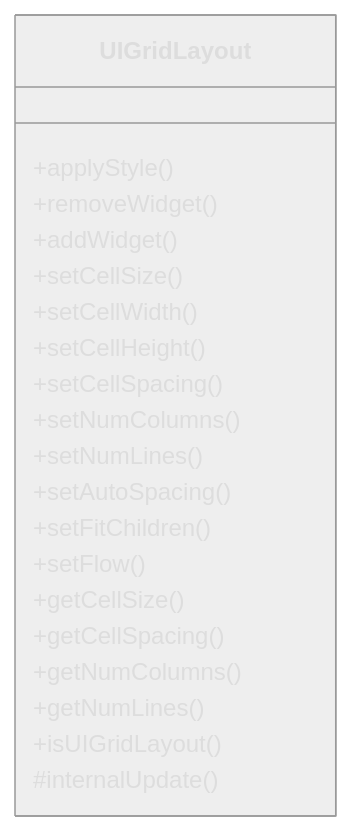
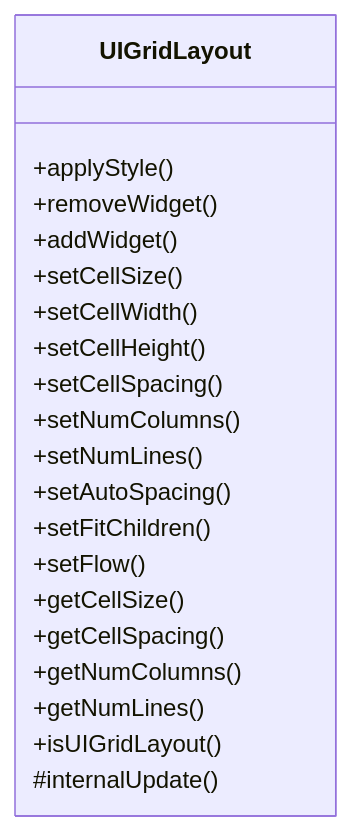
One commit to lukaszj321/otcv8-dev changed the diagram in docs/authoring/01_core/api/diagrams/uigridlayout.mmd. Above: the diagram before and after it, drawn with Mermaid.

```diff
--- a/docs/authoring/01_core/api/diagrams/uigridlayout.mmd
+++ b/docs/authoring/01_core/api/diagrams/uigridlayout.mmd
@@ -1,22 +1,21 @@
-%%{init: { 'theme': 'neutral', 'themeVariables': { 'primaryTextColor': '#ddd', 'lineColor': '#9aa0a6' } }}%%
 classDiagram
     class UIGridLayout {
         +applyStyle()
         +removeWidget()
         +addWidget()
         +setCellSize()
         +setCellWidth()
         +setCellHeight()
         +setCellSpacing()
         +setNumColumns()
         +setNumLines()
         +setAutoSpacing()
         +setFitChildren()
         +setFlow()
         +getCellSize()
         +getCellSpacing()
         +getNumColumns()
         +getNumLines()
         +isUIGridLayout()
         #internalUpdate()
     }
```
